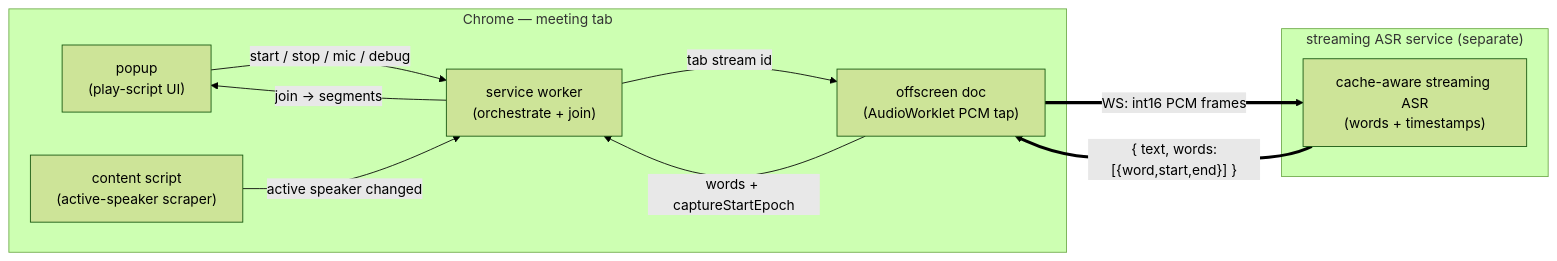
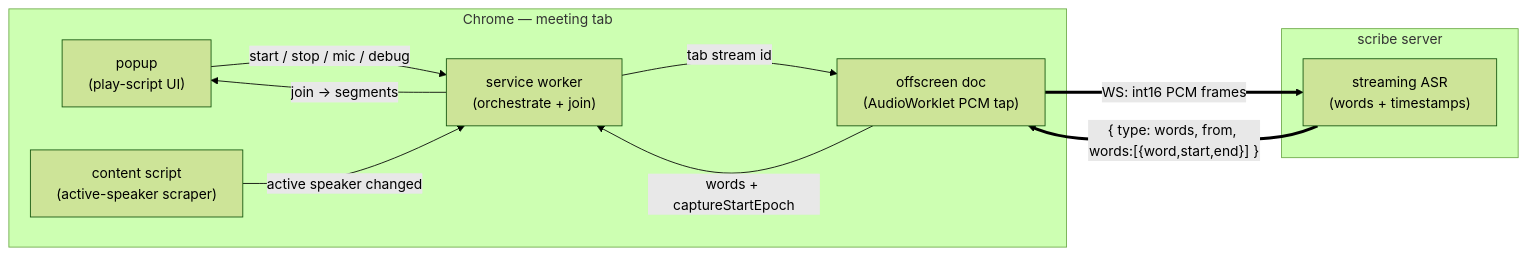
One commit to xav-ie/scribe changed the diagram in extension/README.md. Above: the diagram before and after it, drawn with Mermaid (forest theme). The commit also changed other lines of this file and 1 other file, not shown here.

````diff
--- a/extension/README.md
+++ b/extension/README.md
@@ -34,21 +34,21 @@
 ```mermaid
 flowchart LR
     subgraph chrome["Chrome — meeting tab"]
         pop["popup<br/>(play-script UI)"]
         sw["service worker<br/>(orchestrate + join)"]
         off["offscreen doc<br/>(AudioWorklet PCM tap)"]
         cs["content script<br/>(active-speaker scraper)"]
     end
 
-    subgraph svc["streaming ASR service (separate)"]
-        asr["cache-aware streaming ASR<br/>(words + timestamps)"]
+    subgraph svc["scribe server"]
+        asr["streaming ASR<br/>(words + timestamps)"]
     end
 
     pop -- "start / stop / mic / debug" --> sw
     sw -- "tab stream id" --> off
     off == "WS: int16 PCM frames" ==> asr
-    asr == "{ text, words:[{word,start,end}] }" ==> off
+    asr == "{ type: words, from, words:[{word,start,end}] }" ==> off
     off -- "words + captureStartEpoch" --> sw
     cs -- "active speaker changed" --> sw
     sw -- "join → segments" --> pop
 ```
````
